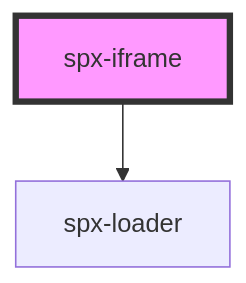
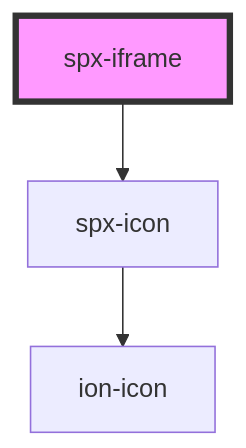
The diagram in stencil/src/components/spx-iframe/readme.md (dnnsjsk/spx), drawn with Mermaid before and after one commit. The commit also changed other lines of this file and 169 other files, not shown here.

````diff
--- a/stencil/src/components/spx-iframe/readme.md
+++ b/stencil/src/components/spx-iframe/readme.md
@@ -51,5 +47,6 @@
 ```mermaid
 graph TD;
-  spx-iframe --> spx-loader
+  spx-iframe --> spx-icon
+  spx-icon --> ion-icon
   style spx-iframe fill:#f9f,stroke:#333,stroke-width:4px
 ```
````
